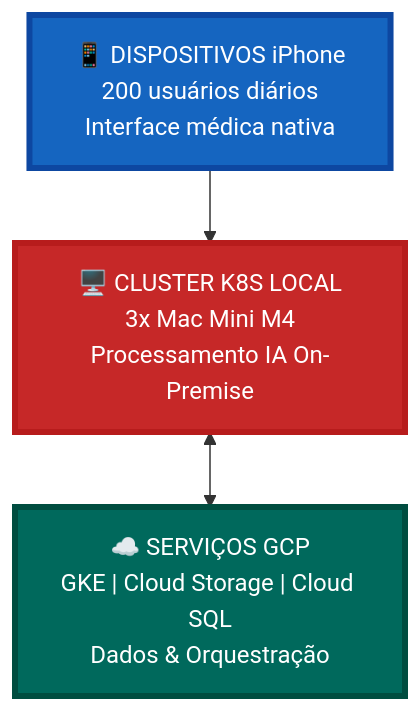
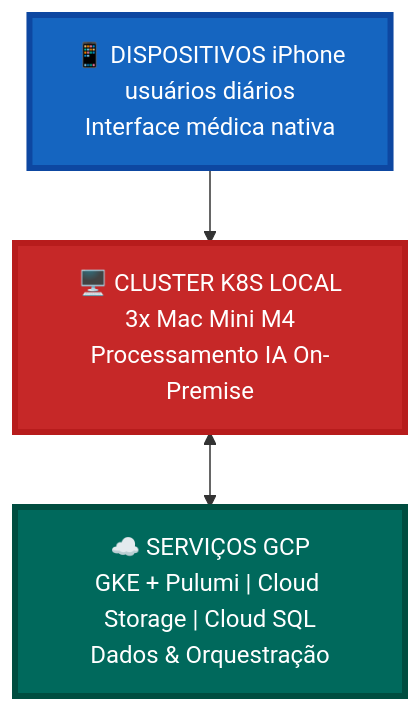
One commit to brunovlucena/prontuario changed the first of 10 diagrams in ARCHITECTURE.md. Above: the diagram before and after it, drawn with Mermaid. The commit also changed other lines of this file and 2 other files, not shown here.

````diff
--- a/ARCHITECTURE.md
+++ b/ARCHITECTURE.md
@@ -11,15 +11,15 @@
 ```mermaid
 flowchart TD
-    iPhone["📱 DISPOSITIVOS iPhone<br/>200 usuários diários<br/>Interface médica nativa"]
+    iPhone["📱 DISPOSITIVOS iPhone<br/>usuários diários<br/>Interface médica nativa"]
     
     LocalCluster["🖥️ CLUSTER K8S LOCAL<br/>3x Mac Mini M4<br/>Processamento IA On-Premise"]
     
-    GCPServices["☁️ SERVIÇOS GCP<br/>GKE | Cloud Storage | Cloud SQL<br/>Dados & Orquestração"]
+    GCPServices["☁️ SERVIÇOS GCP<br/>GKE + Pulumi | Cloud Storage | Cloud SQL<br/>Dados & Orquestração"]
 
     iPhone --> LocalCluster
     LocalCluster <--> GCPServices
 
     style iPhone fill:#1565C0,stroke:#0D47A1,stroke-width:4px,color:#fff
     style LocalCluster fill:#C62828,stroke:#B71C1C,stroke-width:4px,color:#fff
     style GCPServices fill:#00695C,stroke:#004D40,stroke-width:4px,color:#fff
 ```
````
